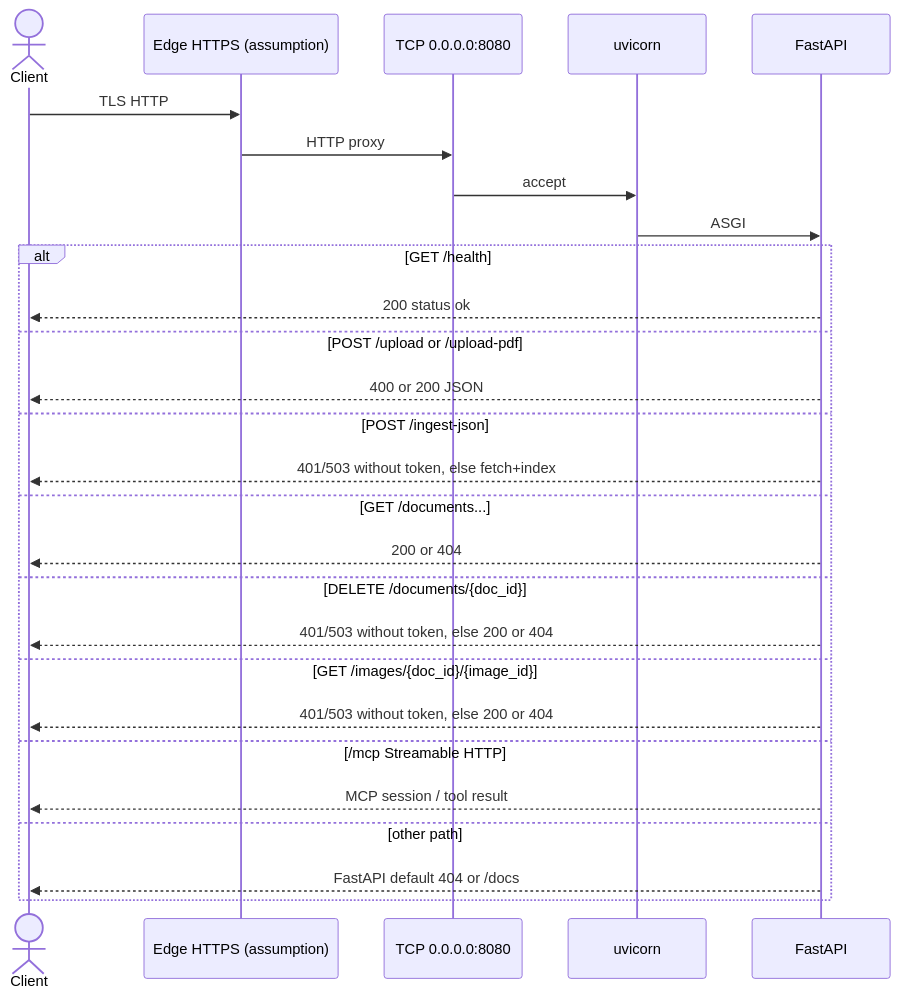
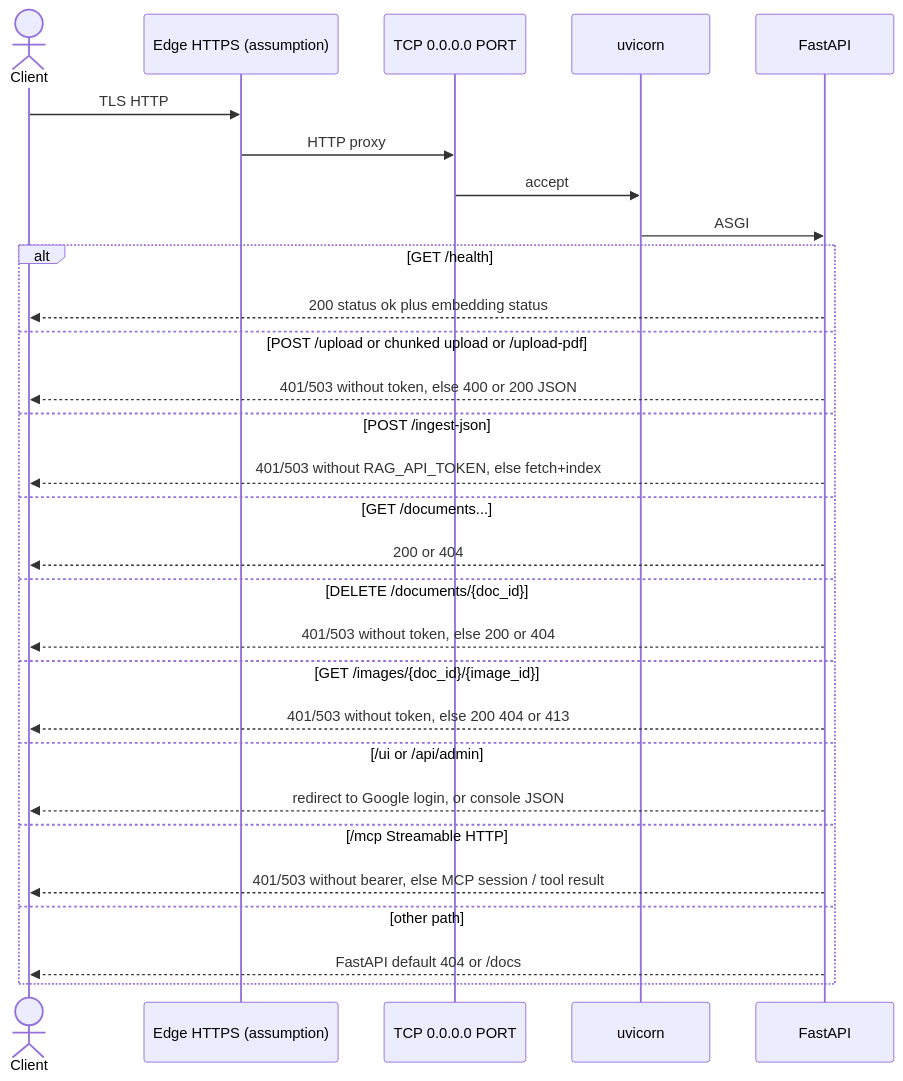
One commit to mkrejp/fastmcp-rag-timer changed the second of 3 diagrams in docs/CONNECTIVITY.md. Above: the diagram before and after it, drawn with Mermaid. The commit also changed other lines of this file and 8 other files, not shown here.

First line of the commit message:
docs: align README, architecture, and connectivity with current main

````diff
--- a/docs/CONNECTIVITY.md
+++ b/docs/CONNECTIVITY.md
@@ -75,30 +99,32 @@
 ```mermaid
 sequenceDiagram
   actor Client
   participant Edge as Edge HTTPS (assumption)
-  participant Port as TCP 0.0.0.0:8080
+  participant Port as TCP 0.0.0.0 PORT
   participant UV as uvicorn
   participant API as FastAPI
 
   Client->>Edge: TLS HTTP
   Edge->>Port: HTTP proxy
   Port->>UV: accept
   UV->>API: ASGI
   alt GET /health
-    API-->>Client: 200 status ok
-  else POST /upload or /upload-pdf
-    API-->>Client: 400 or 200 JSON
+    API-->>Client: 200 status ok plus embedding status
+  else POST /upload or chunked upload or /upload-pdf
+    API-->>Client: 401/503 without token, else 400 or 200 JSON
   else POST /ingest-json
-    API-->>Client: 401/503 without token, else fetch+index
+    API-->>Client: 401/503 without RAG_API_TOKEN, else fetch+index
   else GET /documents...
     API-->>Client: 200 or 404
   else DELETE /documents/{doc_id}
     API-->>Client: 401/503 without token, else 200 or 404
   else GET /images/{doc_id}/{image_id}
-    API-->>Client: 401/503 without token, else 200 or 404
+    API-->>Client: 401/503 without token, else 200 404 or 413
+  else /ui or /api/admin
+    API-->>Client: redirect to Google login, or console JSON
   else /mcp Streamable HTTP
-    API-->>Client: MCP session / tool result
+    API-->>Client: 401/503 without bearer, else MCP session / tool result
   else other path
     API-->>Client: FastAPI default 404 or /docs
   end
 ```
````
